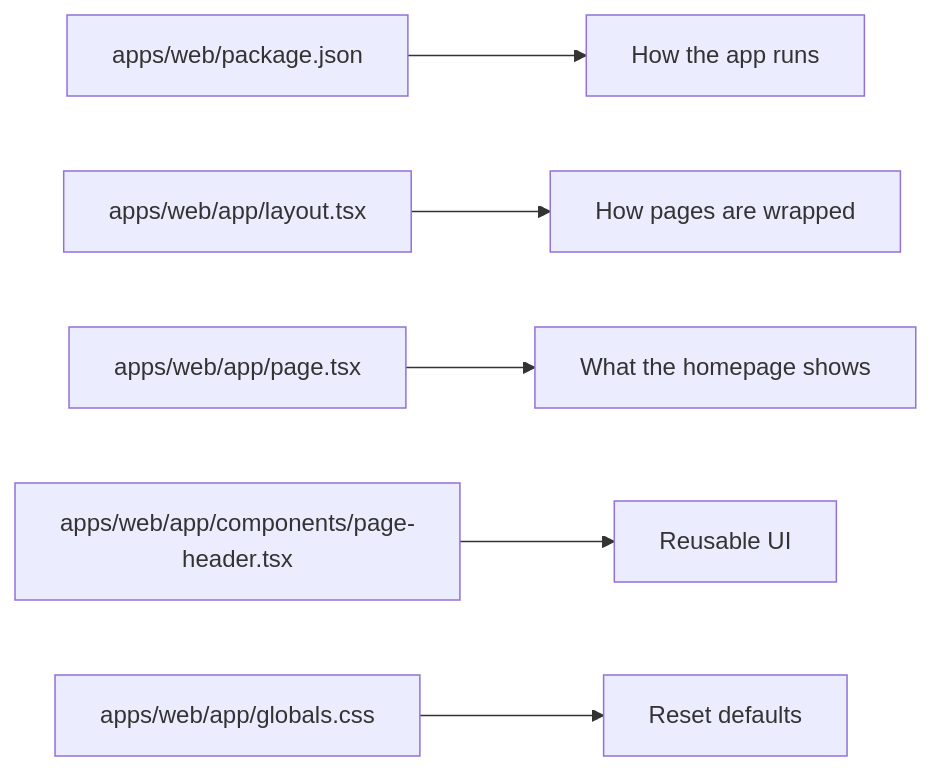
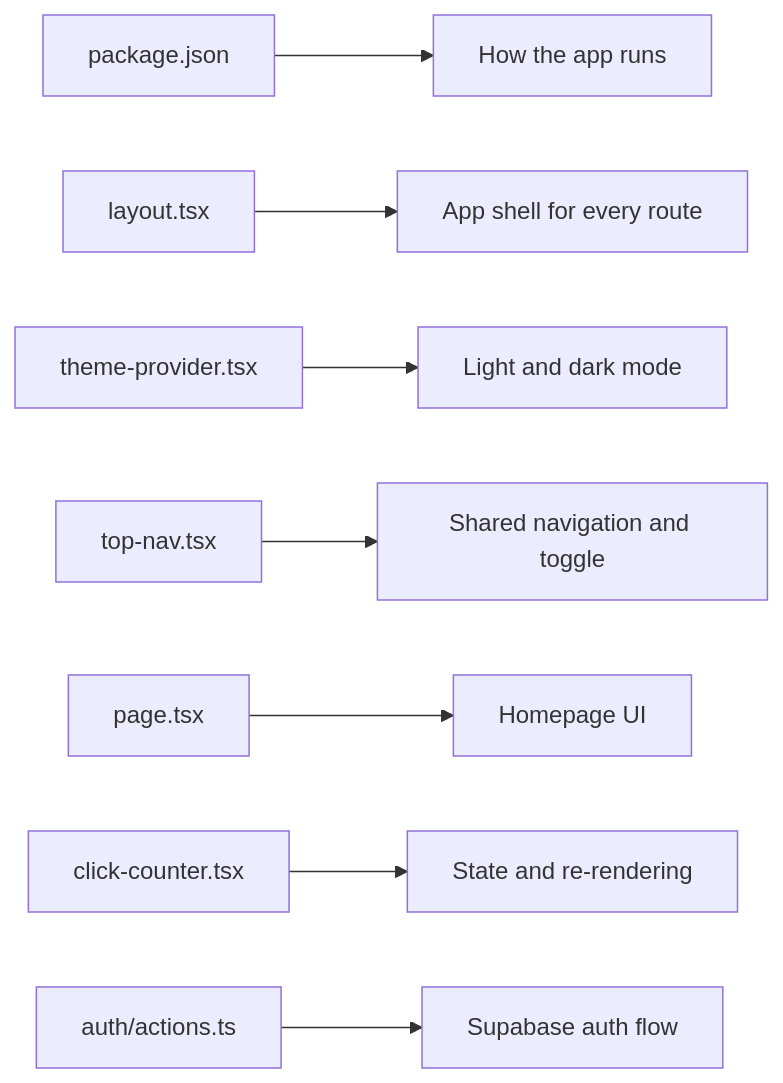
One commit to matthewlovestocode/designated changed the second of 2 diagrams in docs/web/overview.md. Above: the diagram before and after it, drawn with Mermaid. The commit also changed other lines of this file and 35 other files, not shown here.

````diff
--- a/docs/web/overview.md
+++ b/docs/web/overview.md
@@ -75,8 +88,10 @@
 ```mermaid
 flowchart LR
-    A["apps/web/package.json"] --> B["How the app runs"]
-    C["apps/web/app/layout.tsx"] --> D["How pages are wrapped"]
-    E["apps/web/app/page.tsx"] --> F["What the homepage shows"]
-    G["apps/web/app/components/page-header.tsx"] --> H["Reusable UI"]
-    I["apps/web/app/globals.css"] --> J["Reset defaults"]
+    A["package.json"] --> B["How the app runs"]
+    C["layout.tsx"] --> D["App shell for every route"]
+    E["theme-provider.tsx"] --> F["Light and dark mode"]
+    G["top-nav.tsx"] --> H["Shared navigation and toggle"]
+    I["page.tsx"] --> J["Homepage UI"]
+    K["click-counter.tsx"] --> L["State and re-rendering"]
+    M["auth/actions.ts"] --> N["Supabase auth flow"]
 ```
````
